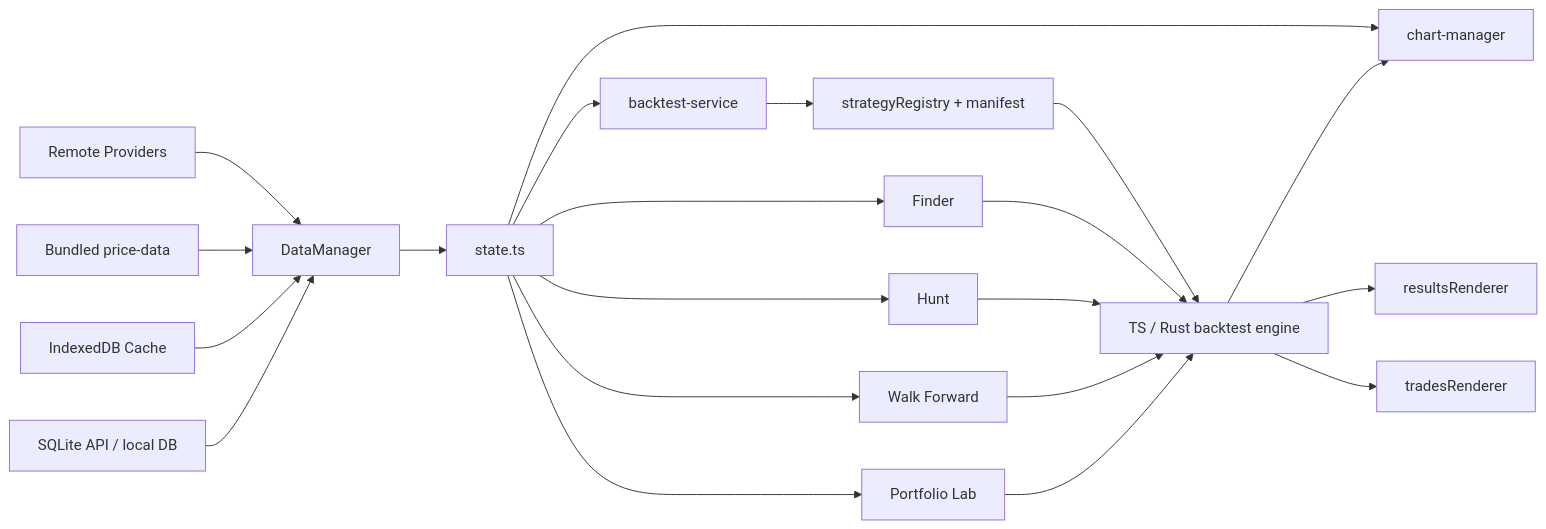
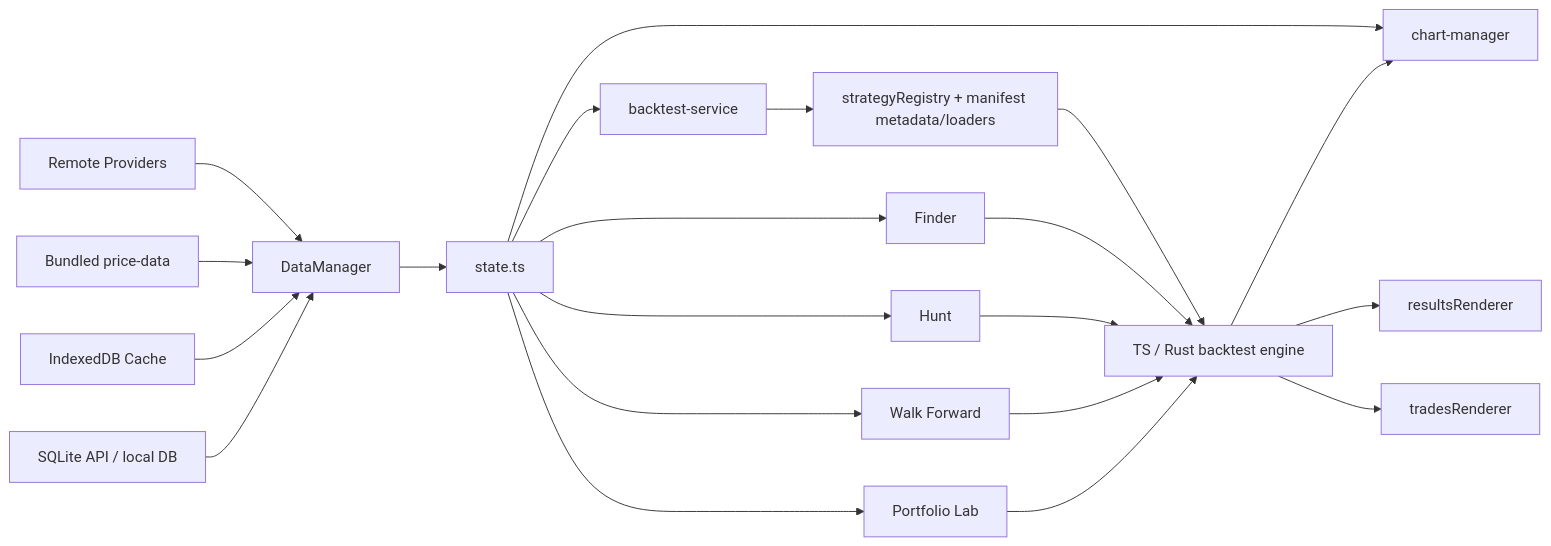
Before and after one commit to ocim128/Strategies-Finder: the diagram in README.md, drawn with Mermaid. The commit also changed other lines of this file and 85 other files, not shown here.

````diff
--- a/README.md
+++ b/README.md
@@ -106,32 +107,32 @@
 ```mermaid
 flowchart LR
     A[Remote Providers]
     B[Bundled price-data]
     C[IndexedDB Cache]
     D[SQLite API / local DB]
 
     A --> E[DataManager]
     B --> E
     C --> E
     D --> E
 
     E --> F[state.ts]
     F --> G[chart-manager]
     F --> H[backtest-service]
 
-    H --> I[strategyRegistry + manifest]
+    H --> I[strategyRegistry + manifest metadata/loaders]
     I --> J[TS / Rust backtest engine]
     J --> K[resultsRenderer]
     J --> L[tradesRenderer]
     J --> G
 
     F --> M[Finder]
     F --> N[Hunt]
     F --> O[Walk Forward]
     F --> P[Portfolio Lab]
 
     M --> J
     N --> J
     O --> J
     P --> J
 ```
````
